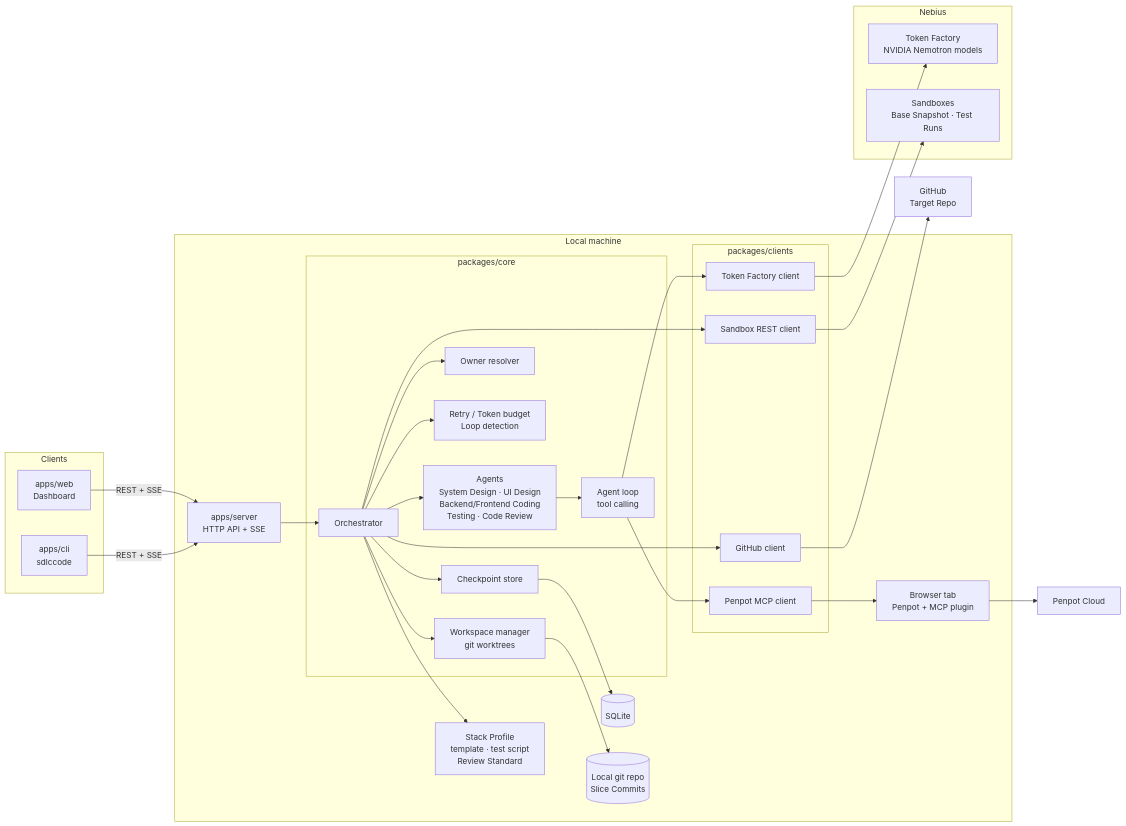
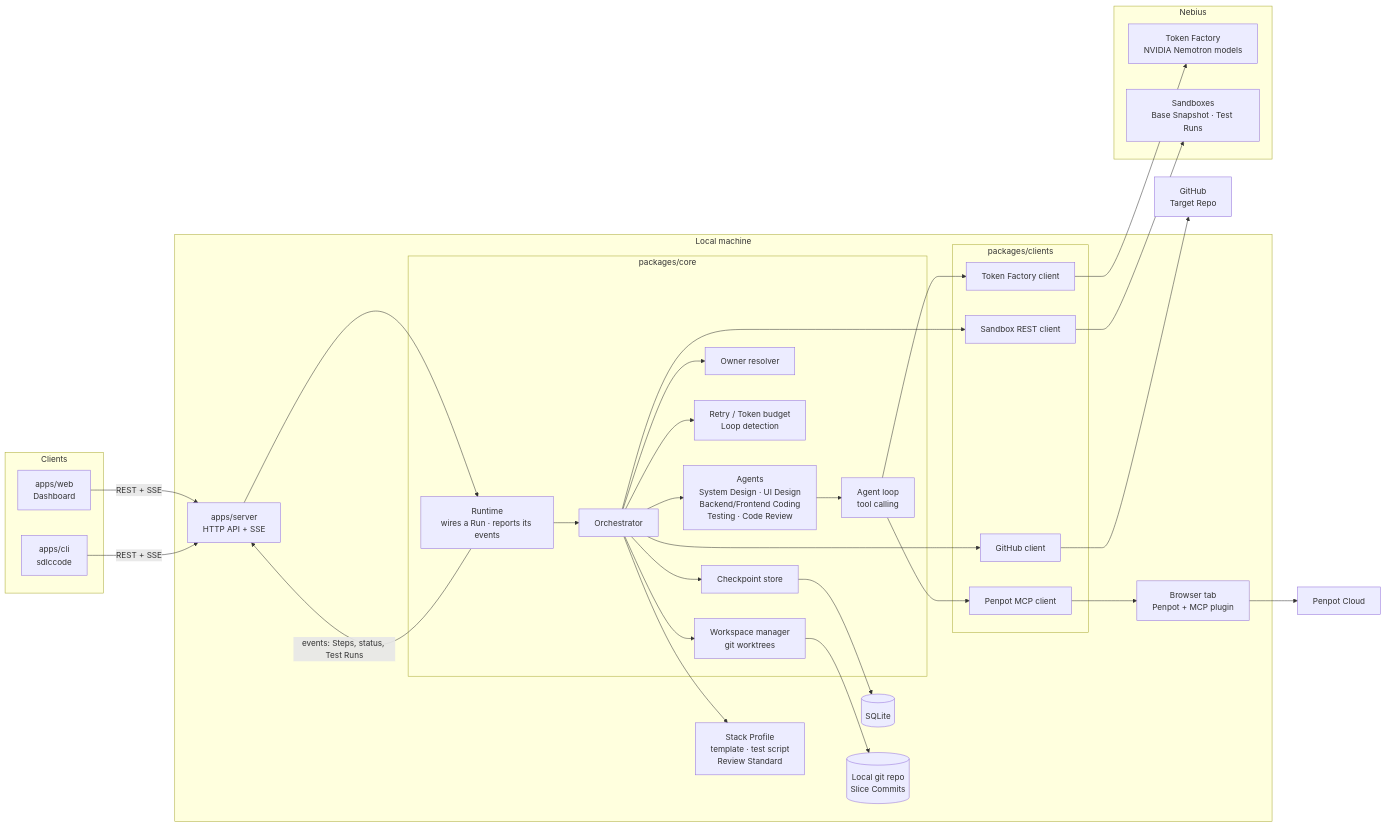
One commit to ChinGuang/sdlc-code changed the first of 10 diagrams in docs/design/uml.md. Above: the diagram before and after it, drawn with Mermaid. The commit also changed 23 other files, not shown here.

````diff
--- a/docs/design/uml.md
+++ b/docs/design/uml.md
@@ -19,54 +19,57 @@
 ```mermaid
 flowchart LR
   subgraph Clients
     WEB["apps/web<br/>Dashboard"]
     CLI["apps/cli<br/>sdlccode"]
   end
 
   subgraph Local["Local machine"]
     SRV["apps/server<br/>HTTP API + SSE"]
     subgraph Core["packages/core"]
+      RT["Runtime<br/>wires a Run · reports its events"]
       ORC["Orchestrator"]
       AG["Agents<br/>System Design · UI Design<br/>Backend/Frontend Coding<br/>Testing · Code Review"]
       LOOP["Agent loop<br/>tool calling"]
       ROUTE["Owner resolver"]
       BUDGET["Retry / Token budget<br/>Loop detection"]
       CKPT["Checkpoint store"]
       WS["Workspace manager<br/>git worktrees"]
     end
     subgraph Adapters["packages/clients"]
       NEB["Token Factory client"]
       SBX["Sandbox REST client"]
       PEN["Penpot MCP client"]
       GH["GitHub client"]
     end
     DB[("SQLite")]
     GIT[("Local git repo<br/>Slice Commits")]
     PROF["Stack Profile<br/>template · test script<br/>Review Standard"]
     BROWSER["Browser tab<br/>Penpot + MCP plugin"]
   end
 
   subgraph Nebius
     TF["Token Factory<br/>NVIDIA Nemotron models"]
     SB["Sandboxes<br/>Base Snapshot · Test Runs"]
   end
   PPC["Penpot Cloud"]
   GHUB["GitHub<br/>Target Repo"]
 
   WEB -- "REST + SSE" --> SRV
   CLI -- "REST + SSE" --> SRV
-  SRV --> ORC
+  SRV --> RT
+  RT -- "events: Steps, status, Test Runs" --> SRV
+  RT --> ORC
   ORC --> AG
   AG --> LOOP
   ORC --> ROUTE
   ORC --> BUDGET
   ORC --> CKPT
   ORC --> WS
   CKPT --> DB
   WS --> GIT
   ORC --> PROF
   LOOP --> NEB --> TF
   ORC --> SBX --> SB
   LOOP --> PEN --> BROWSER --> PPC
   ORC --> GH --> GHUB
 ```
````
